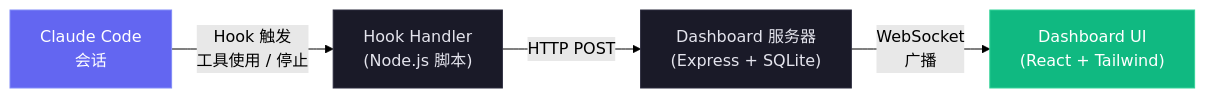
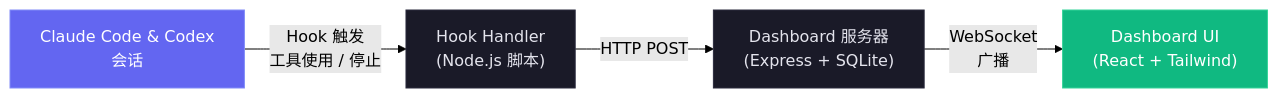
Before and after one commit to CorentinPa/Claude-Code-Agent-Monitor: the first of 23 diagrams in README-CN.md, drawn with Mermaid (forest theme). The commit also changed other lines of this file and 1 other file, not shown here.

Commit message:
feat(docs): update flowcharts and improve copy button functionality in code blocks

````diff
--- a/README-CN.md
+++ b/README-CN.md
@@ -115,10 +115,10 @@
 ```mermaid
 graph LR
-    A["Claude Code<br/>会话"] -->|Hook 触发<br/>工具使用 / 停止| B["Hook Handler<br/>(Node.js 脚本)"]
+    A["Claude Code & Codex<br/>会话"] -->|Hook 触发<br/>工具使用 / 停止| B["Hook Handler<br/>(Node.js 脚本)"]
     B -->|HTTP POST| C["Dashboard 服务器<br/>(Express + SQLite)"]
     C -->|WebSocket<br/>广播| D["Dashboard UI<br/>(React + Tailwind)"]
     style A fill:#6366f1,stroke:#818cf8,color:#fff
     style B fill:#1a1a28,stroke:#2a2a3d,color:#e4e4ed
     style C fill:#1a1a28,stroke:#2a2a3d,color:#e4e4ed
     style D fill:#10b981,stroke:#34d399,color:#fff
 ```
````
